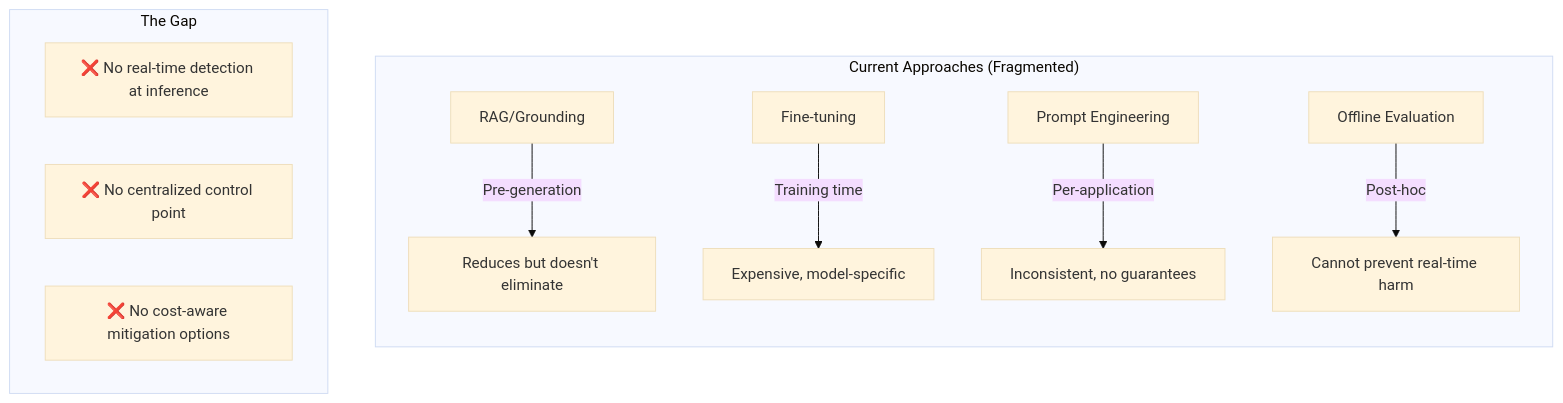
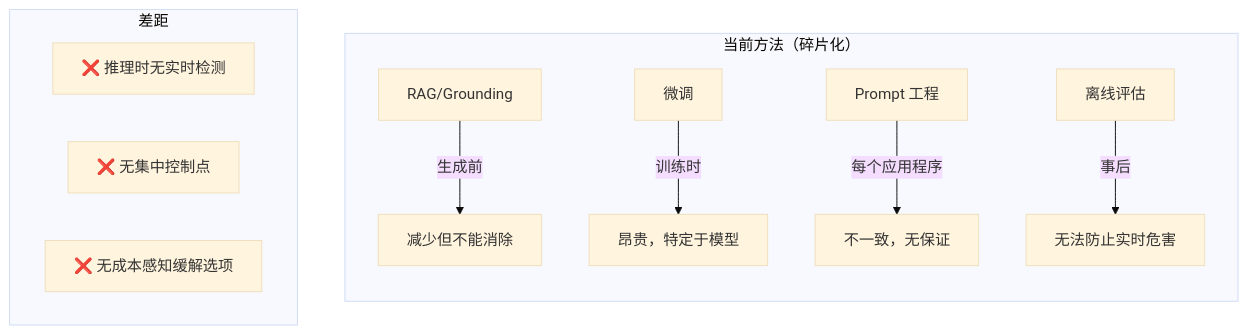
The first of 14 diagrams in website/i18n/zh-Hans/docusaurus-plugin-content-docs/current/proposals/hallucination-mitigation-milestone.md (vllm-project/semantic-router), drawn with Mermaid (base theme) before and after one commit. The commit also changed other lines of this file and 7 other files, not shown here.

````diff
--- a/website/i18n/zh-Hans/docusaurus-plugin-content-docs/current/proposals/hallucination-mitigation-milestone.md
+++ b/website/i18n/zh-Hans/docusaurus-plugin-content-docs/current/proposals/hallucination-mitigation-milestone.md
@@ -51,16 +44,16 @@
 ```mermaid
 flowchart TB
-    subgraph "Current Approaches (Fragmented)"
+    subgraph "当前方法（碎片化）"
         direction TB
-        A[RAG/Grounding] -->|Pre-generation| B[Reduces but doesn't eliminate]
-        C[Fine-tuning] -->|Training time| D[Expensive, model-specific]
-        E[Prompt Engineering] -->|Per-application| F[Inconsistent, no guarantees]
-        G[Offline Evaluation] -->|Post-hoc| H[Cannot prevent real-time harm]
+        A[RAG/Grounding] -->|生成前| B[减少但不能消除]
+        C[微调] -->|训练时| D[昂贵，特定于模型]
+        E[Prompt 工程] -->|每个应用程序| F[不一致，无保证]
+        G[离线评估] -->|事后| H[无法防止实时危害]
     end
 
-    subgraph "The Gap"
-        I[❌ No real-time detection at inference]
-        J[❌ No centralized control point]
-        K[❌ No cost-aware mitigation options]
+    subgraph "差距"
+        I[❌ 推理时无实时检测]
+        J[❌ 无集中控制点]
+        K[❌ 无成本感知缓解选项]
     end
 ```
````
